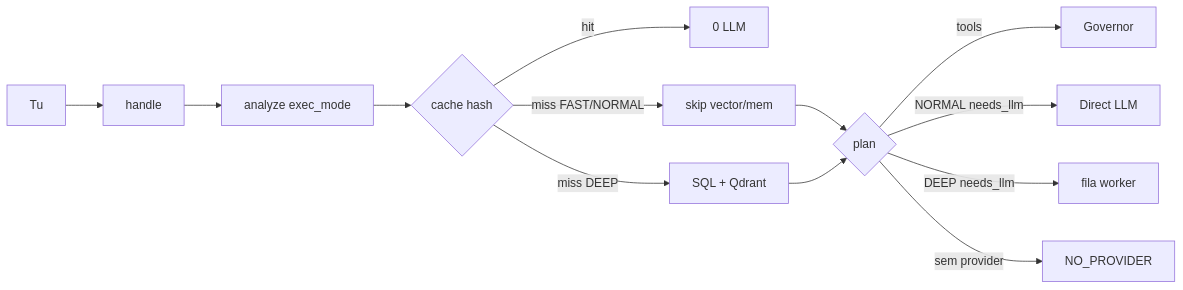
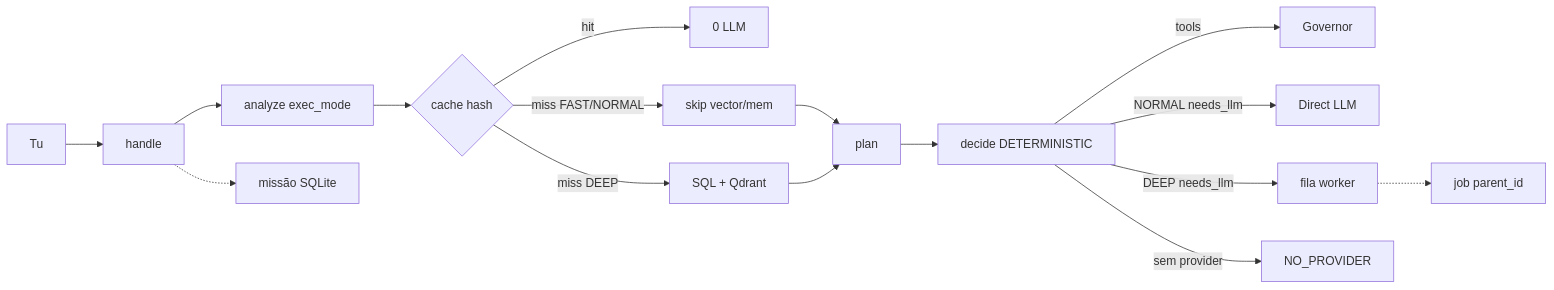
Before and after one commit to rpolicarpo100/GOD: the diagram in ROADMAP.md, drawn with Mermaid. The commit also changed other lines of this file and 9 other files, not shown here.

First line of the commit message:
P1: decide determinístico, missões SQLite, parent_id, router MEASURED

````diff
--- a/ROADMAP.md
+++ b/ROADMAP.md
@@ -7,15 +7,18 @@
 ```mermaid
 flowchart LR
   U[Tu] --> H[handle]
   H --> A[analyze exec_mode]
   A --> C{cache hash}
   C -->|hit| OUT[0 LLM]
   C -->|miss FAST/NORMAL| F[skip vector/mem]
   C -->|miss DEEP| M[SQL + Qdrant]
-  F --> P{plan}
+  F --> P[plan]
   M --> P
-  P -->|tools| SY[Governor]
-  P -->|NORMAL needs_llm| D[Direct LLM]
-  P -->|DEEP needs_llm| Q[fila worker]
-  P -->|sem provider| NP[NO_PROVIDER]
+  P --> D[decide DETERMINISTIC]
+  D -->|tools| SY[Governor]
+  D -->|NORMAL needs_llm| L[Direct LLM]
+  D -->|DEEP needs_llm| Q[fila worker]
+  D -->|sem provider| NP[NO_PROVIDER]
+  H -.-> MS[missão SQLite]
+  Q -.-> G[job parent_id]
 ```
````
